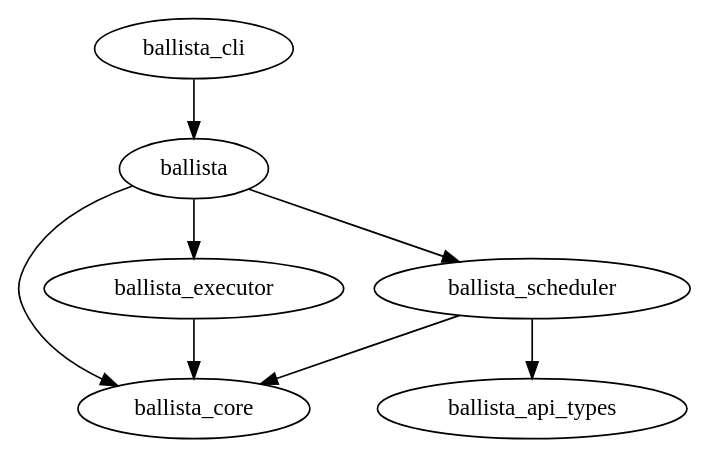
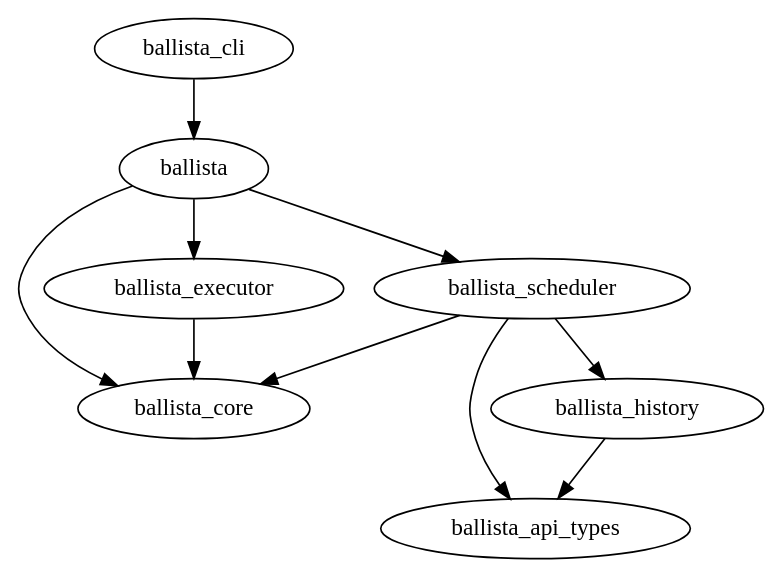
Before and after one commit to apache/datafusion-ballista: the diagram in dev/release/crate-deps.dot, drawn with Graphviz. The commit also changed 24 other files, not shown here.

```diff
--- a/dev/release/crate-deps.dot
+++ b/dev/release/crate-deps.dot
@@ -1,38 +1,42 @@
 // Licensed to the Apache Software Foundation (ASF) under one
 // or more contributor license agreements.  See the NOTICE file
 // distributed with this work for additional information
 // regarding copyright ownership.  The ASF licenses this file
 // to you under the Apache License, Version 2.0 (the
 // "License"); you may not use this file except in compliance
 // with the License.  You may obtain a copy of the License at
 //
 //   http://www.apache.org/licenses/LICENSE-2.0
 //
 // Unless required by applicable law or agreed to in writing,
 // software distributed under the License is distributed on an
 // "AS IS" BASIS, WITHOUT WARRANTIES OR CONDITIONS OF ANY
 // KIND, either express or implied.  See the License for the
 // specific language governing permissions and limitations
 // under the License.
 
 digraph G {
 
     ballista_core
     ballista_api_types
+    ballista_history
     ballista_scheduler
     ballista_executor
     ballista
     ballista_cli
 
     ballista_scheduler -> ballista_core
     ballista_scheduler -> ballista_api_types
+    ballista_scheduler -> ballista_history
+
+    ballista_history -> ballista_api_types
 
     ballista_executor -> ballista_core
 
     ballista -> ballista_core
     ballista -> ballista_scheduler
     ballista -> ballista_executor
 
 	ballista_cli -> ballista
 
 }
```
